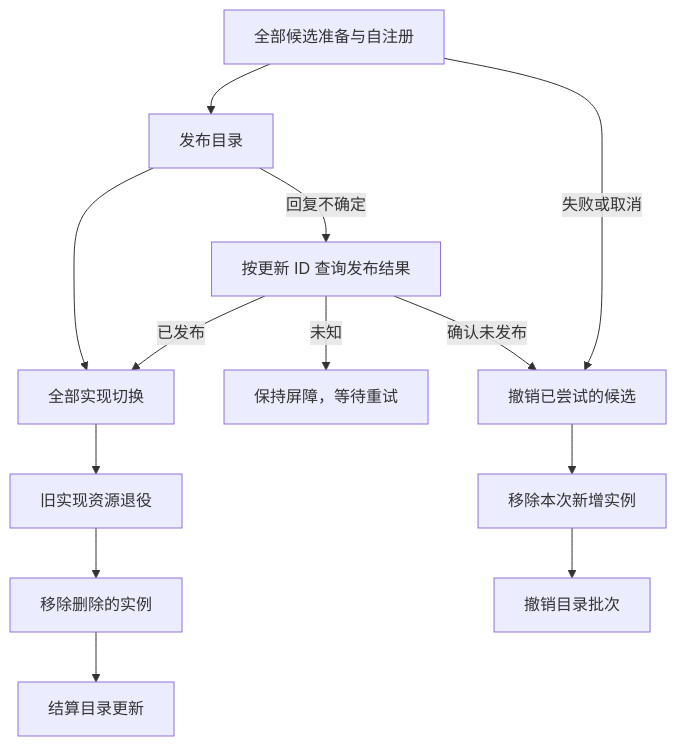
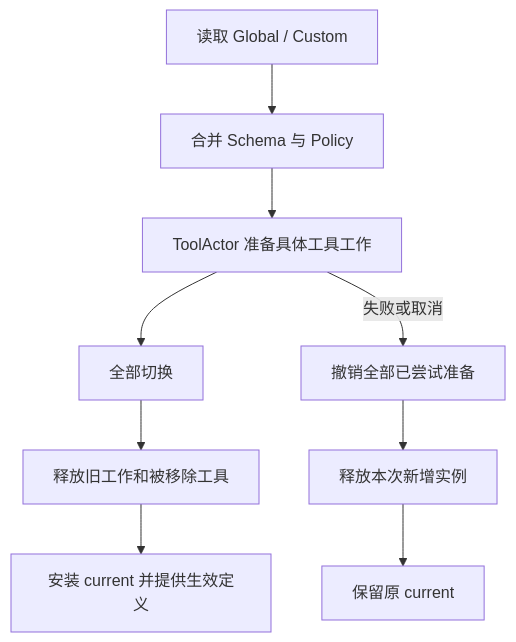
The diagram in tools/runtime/README.zh-CN.md (gorenx/goren), drawn with Mermaid before and after one commit. The commit also changed other lines of this file and 6 other files, not shown here.

````diff
--- a/tools/runtime/README.zh-CN.md
+++ b/tools/runtime/README.zh-CN.md
@@ -15,15 +17,11 @@
 ```mermaid
 flowchart TD
-    A[全部候选准备与自注册] --> B[发布目录]
-    B --> C[全部实现切换]
-    C --> D[旧实现资源退役]
-    D --> E[移除删除的实例]
-    E --> F[结算目录更新]
-    B -->|回复不确定| Q[按更新 ID 查询发布结果]
-    Q -->|已发布| C
-    Q -->|未知| W[保持屏障，等待重试]
-    A -->|失败或取消| R[撤销已尝试的候选]
-    Q -->|确认未发布| R
-    R --> N[移除本次新增实例]
-    N --> X[撤销目录批次]
+    R[读取 Global / Custom] --> M[合并 Schema 与 Policy]
+    M --> P[ToolActor 准备具体工具工作]
+    P --> C[全部切换]
+    C --> D[释放旧工作和被移除工具]
+    D --> E[安装 current 并提供生效定义]
+    P -->|失败或取消| A[撤销全部已尝试准备]
+    A --> N[释放本次新增实例]
+    N --> O[保留原 current]
 ```
````
